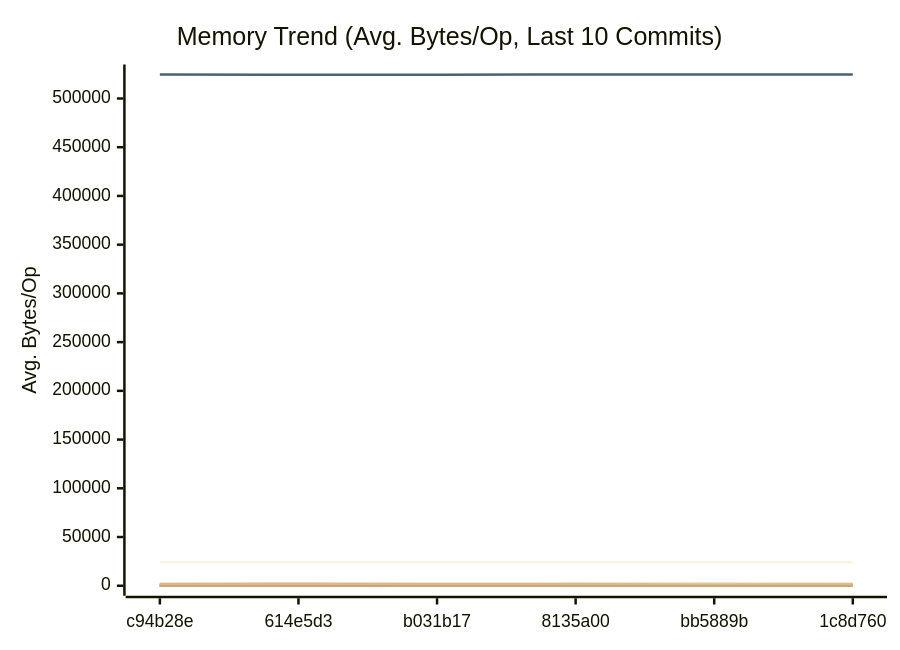
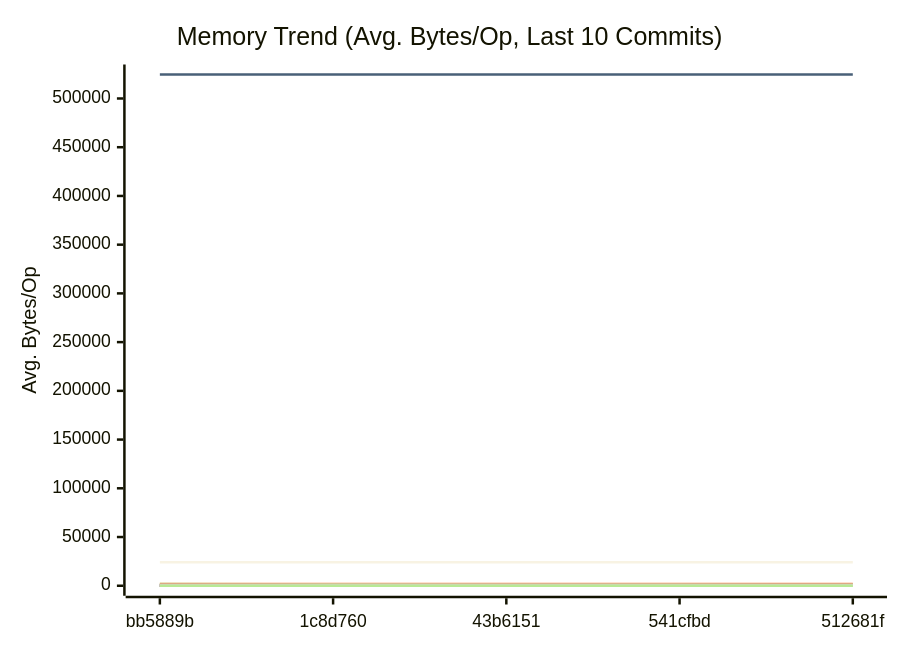
One commit to alsotoes/momo changed the second of 3 diagrams in docs/REFERENCE/PERFORMANCE.md. Above: the diagram before and after it, drawn with Mermaid. The commit also changed other lines of this file and 17 other files, not shown here.

````diff
--- a/docs/REFERENCE/PERFORMANCE.md
+++ b/docs/REFERENCE/PERFORMANCE.md
@@ -362,53 +403,62 @@
 ```mermaid
 xychart-beta
     title "Memory Trend (Avg. Bytes/Op, Last 10 Commits)"
     x-axis "Commit"
     y-axis "Avg. Bytes/Op"
-    x-axis [c94b28e,614e5d3,b031b17,8135a00,bb5889b,1c8d760]
+    x-axis [bb5889b,1c8d760,43b6151,541cfbd,512681f]
     line "AdaptivePutBlob64KiB" [0,0,0,0,0,0,0,0,0,0]
-    line "AWSChunkedReaderSigned" [98,80,70,106,85,62,72,80,121,164]
-    line "AWSChunkedReaderUnsigned" [75,91,78,84,68,66,70,68,164,167]
+    line "AWSChunkedReaderSigned" [106,85,62,72,80,121,164,135,133,150]
+    line "AWSChunkedReaderUnsigned" [84,68,66,70,68,164,167,144,147,135]
     line "CheckMetricsAndSwap" [0,0,0,0,0,0,0,0,0,0]
     line "CrushOptimized" [0,0,0,0,0,0,0,0,0,0]
     line "CrushOriginal" [164,164,164,164,164,164,164,164,164,164]
     line "EtagMatches" [0,0,0,0,0,0,0,0,0,0]
-    line "EtagMatchesSplit" [0,0,0,0,0,0,0,0,80,80]
-    line "FormatListObjectsV2XML_AppendFormat" [524558,524474,524487,524493,524491,524618,524521,524495,524440,524428]
+    line "EtagMatchesSplit" [0,0,0,0,0,80,80,80,80,80]
+    line "FormatListObjectsV2XML_AppendFormat" [524493,524491,524618,524521,524495,524440,524428,524439,524437,524438]
     line "FormatListObjectsV2XML_OldFormat" [24000,24000,24000,24000,24000,24000,24000,24000,24000,24000]
-    line "HashBytes/1MiB" [195,139,187,213,178,135,158,173,283,349]
-    line "HashBytes/256MiB" [191,150,250,237,208,140,144,168,326,369]
-    line "HashBytes/64MiB" [132,159,198,175,180,134,130,144,332,335]
-    line "HashFile/1MiB" [187,160,251,167,203,132,131,173,285,353]
-    line "HashFile/256MiB" [177,172,188,165,187,118,148,172,268,363]
-    line "HashFile/64MiB" [169,207,193,175,165,106,147,200,280,307]
+    line "HashBytes/1MiB" [213,178,135,158,173,283,349,298,240,221]
+    line "HashBytes/256MiB" [237,208,140,144,168,326,369,344,262,277]
+    line "HashBytes/64MiB" [175,180,134,130,144,332,335,346,235,309]
+    line "HashFile/1MiB" [167,203,132,131,173,285,353,269,213,266]
+    line "HashFile/256MiB" [165,187,118,148,172,268,363,269,339,261]
+    line "HashFile/64MiB" [175,165,106,147,200,280,307,277,252,272]
     line "IndexDirectTracking" [0,0,0,0,0,0,0,0,0,0]
     line "IndexSearch" [0,0,0,0,0,0,0,0,0,0]
     line "LastModifiedHeader_AppendFormat" [0,0,0,0,0,0,0,0,0,0]
     line "LastModifiedHeader_Format" [32,32,32,32,32,32,32,32,32,32]
     line "ListPartsTime_AppendFormat" [0,0,0,0,0,0,0,0,0,0]
-    line "ListPartsTime_Format" [0,0,0,0,0,0,0,0,24,24]
+    line "ListPartsTime_Format" [0,0,0,0,0,24,24,24,24,24]
     line "LoadGlobalConfig" [1976,1976,1976,1976,1976,1976,1976,1976,1976,1976]
-    line "LocalWrite/1MiB" [1339,1557,1077,1130,940,952,1105,1110,1037,3019]
-    line "LocalWrite/256MiB" [1532,1495,1600,1673,1446,1129,1329,1440,2294,2216]
-    line "LocalWrite/64MiB" [1597,1782,1648,1456,1098,1310,1406,1520,2211,2395]
+    line "LocalWrite/1MiB" [1130,940,952,1105,1110,1037,3019,2387,1992,2283]
+    line "LocalWrite/256MiB" [1673,1446,1129,1329,1440,2294,2216,2543,2230,2488]
+    line "LocalWrite/64MiB" [1456,1098,1310,1406,1520,2211,2395,2614,2422,2575]
     line "PadString" [64,64,64,64,64,64,64,64,64,64]
+    line "ParseACLResource_IndexByte" [0,0,0,0,0,0,0,0,0,0]
+    line "ParseACLResource_Split" [0,0,0,0,0,0,0,0,0,0]
     line "ParseAWSChunkHeader" [0,0,0,0,0,0,0,0,0,0]
+    line "ParseChecksum" [0,0,0,0,0,0,0,0,0,0]
+    line "ParseChecksumDynamicBaseline" [0,0,0,0,0,0,0,0,96,96]
     line "ParseReplicationOrder_NoPrealloc" [408,408,408,408,408,248,248,248,248,248]
     line "ParseReplicationOrder_Prealloc" [240,240,240,240,240,80,80,80,80,80]
     line "PheromoneSelectReplica" [0,0,0,0,0,0,0,0,0,0]
+    line "PickShedTarget" [0,0,0,0,0,0,0,0,176,176]
     line "Placement" [352,352,352,352,352,352,352,352,352,352]
     line "PlacementDomainSpread" [352,352,352,352,352,352,352,352,352,352]
-    line "ReadVerify/1MiB" [185,136,220,179,124,139,134,186,315,233]
-    line "ReadVerify/256MiB" [177,204,219,127,151,122,142,158,259,344]
-    line "ReadVerify/64MiB" [175,148,315,131,129,123,132,174,304,251]
-    line "S3PutSpool/1MiB" [134,125,122,170,161,112,121,154,208,229]
-    line "S3PutSpool/256MiB" [149,123,148,219,144,114,124,148,235,278]
-    line "S3PutSpool/64MiB" [156,168,183,168,155,116,118,137,169,165]
+    line "ReadVerify/1MiB" [179,124,139,134,186,315,233,338,301,243]
+    line "ReadVerify/256MiB" [127,151,122,142,158,259,344,329,250,277]
+    line "ReadVerify/64MiB" [131,129,123,132,174,304,251,330,257,226]
+    line "RebalanceCycle/blobs=100" [0,0,0,0,0,0,0,0,0,0]
+    line "RebalanceCycle/blobs=1000" [0,0,0,0,0,0,0,0,0,0]
+    line "S3PutSpool/1MiB" [170,161,112,121,154,208,229,223,270,265]
+    line "S3PutSpool/256MiB" [219,144,114,124,148,235,278,213,226,252]
+    line "S3PutSpool/64MiB" [168,155,116,118,137,169,165,248,245,200]
     line "SanitizeLog/Safe" [0,0,0,0,0,0,0,0,0,0]
     line "SanitizeLog/Unsafe" [704,704,704,704,704,704,704,704,704,704]
-    line "TrustedRead/1MiB" [186,217,246,135,143,109,127,142,228,337]
-    line "TrustedRead/256MiB" [160,128,226,212,181,127,129,167,293,307]
-    line "TrustedRead/64MiB" [144,220,225,161,144,118,124,169,215,297]
+    line "TrustedRead/1MiB" [135,143,109,127,142,228,337,230,208,228]
+    line "TrustedRead/256MiB" [212,181,127,129,167,293,307,202,271,257]
+    line "TrustedRead/64MiB" [161,144,118,124,169,215,297,254,241,250]
     line "VolumeGetBlob64KiB" [0,0,0,0,0,0,0,0,0,0]
     line "VolumePutBlob64KiB" [0,0,0,0,0,0,0,0,0,0]
+    line "WriteThrottled/throttled-10Gbps" [0,0,0,0,0,0,0,0,1419,1419]
+    line "WriteThrottled/unlimited" [0,0,0,0,0,0,0,0,176770000,186164000]
 ```
````
